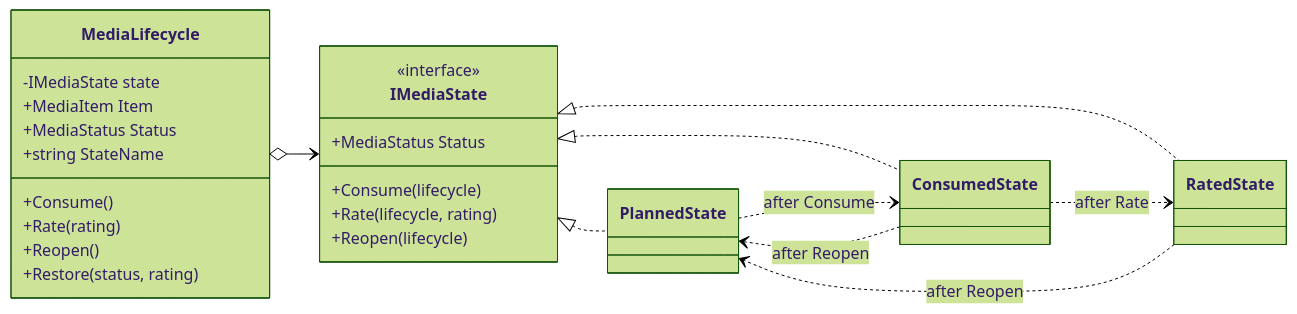
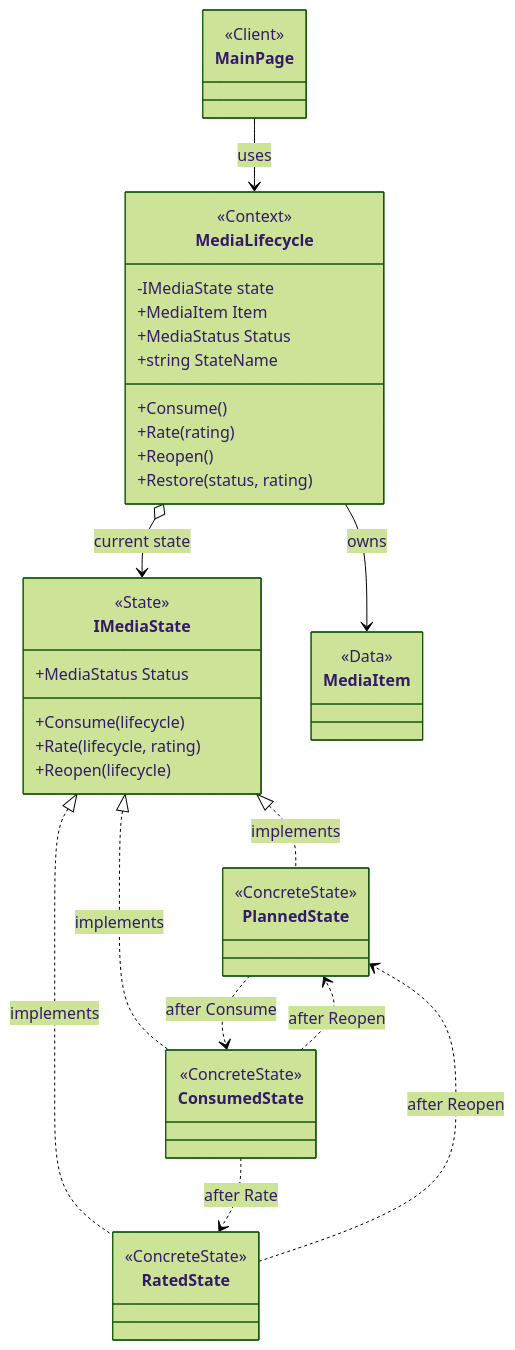
Before and after one commit to Prince-of-Nothing/TMPS-Labs: the third of 4 diagrams in Reports/Lab3.md, drawn with Mermaid (forest theme). The commit also changed other lines of this file and 1 other file, not shown here.

Commit message:
docs: restyle UML diagrams with Refactoring Guru roles

````diff
--- a/Reports/Lab3.md
+++ b/Reports/Lab3.md
@@ -363,32 +398,47 @@
 ```mermaid
 classDiagram
-direction LR
+direction TB
+class MainPage {
+  <<Client>>
+}
 class MediaLifecycle {
+  <<Context>>
   -IMediaState state
   +MediaItem Item
   +MediaStatus Status
   +string StateName
   +Consume()
   +Rate(rating)
   +Reopen()
   +Restore(status, rating)
 }
 class IMediaState {
-  <<interface>>
+  <<State>>
   +MediaStatus Status
   +Consume(lifecycle)
   +Rate(lifecycle, rating)
   +Reopen(lifecycle)
 }
-class PlannedState
-class ConsumedState
-class RatedState
-MediaLifecycle o--> IMediaState
-IMediaState <|.. PlannedState
-IMediaState <|.. ConsumedState
-IMediaState <|.. RatedState
+class PlannedState {
+  <<ConcreteState>>
+}
+class ConsumedState {
+  <<ConcreteState>>
+}
+class RatedState {
+  <<ConcreteState>>
+}
+class MediaItem {
+  <<Data>>
+}
+MainPage --> MediaLifecycle : uses
+MediaLifecycle o--> IMediaState : current state
+IMediaState <|.. PlannedState : implements
+IMediaState <|.. ConsumedState : implements
+IMediaState <|.. RatedState : implements
+MediaLifecycle --> MediaItem : owns
 PlannedState ..> ConsumedState : after Consume
 ConsumedState ..> RatedState : after Rate
 ConsumedState ..> PlannedState : after Reopen
 RatedState ..> PlannedState : after Reopen
 ```
````
